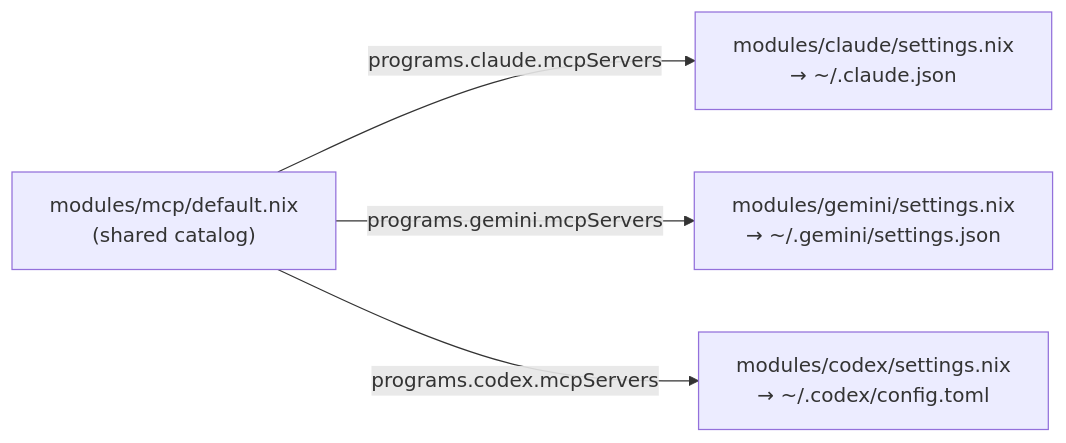
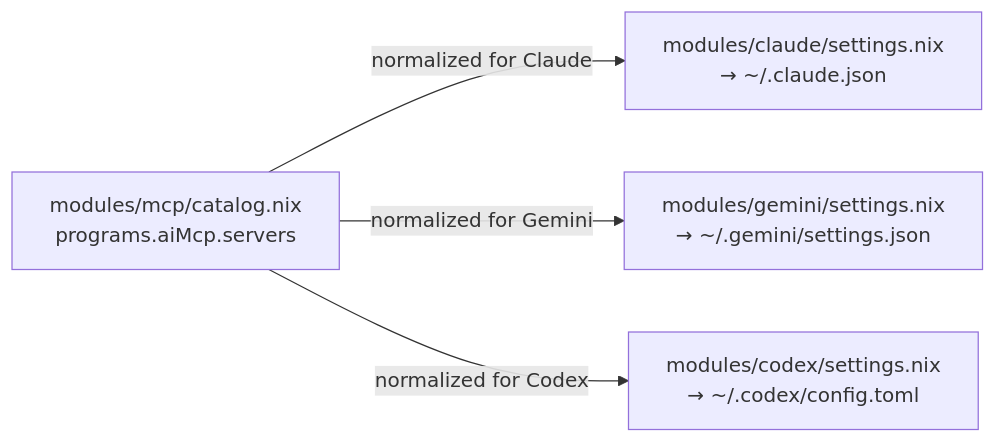
One commit to JacobPEvans/nix-ai changed the second of 3 diagrams in docs/architecture/system-integration-map.md. Above: the diagram before and after it, drawn with Mermaid. The commit also changed other lines of this file and 26 other files, not shown here.

Commit message:
fix: centralize agent skills and mcp config

````diff
--- a/docs/architecture/system-integration-map.md
+++ b/docs/architecture/system-integration-map.md
@@ -93,8 +93,8 @@
 ```mermaid
 graph LR
-    MCPCAT["modules/mcp/default.nix\n(shared catalog)"]
+    MCPCAT["modules/mcp/catalog.nix\nprograms.aiMcp.servers"]
 
-    MCPCAT -->|programs.claude.mcpServers| CSETTINGS["modules/claude/settings.nix\n→ ~/.claude.json"]
-    MCPCAT -->|programs.gemini.mcpServers| GSETTINGS["modules/gemini/settings.nix\n→ ~/.gemini/settings.json"]
-    MCPCAT -->|programs.codex.mcpServers| DSETTINGS["modules/codex/settings.nix\n→ ~/.codex/config.toml"]
+    MCPCAT -->|normalized for Claude| CSETTINGS["modules/claude/settings.nix\n→ ~/.claude.json"]
+    MCPCAT -->|normalized for Gemini| GSETTINGS["modules/gemini/settings.nix\n→ ~/.gemini/settings.json"]
+    MCPCAT -->|normalized for Codex| DSETTINGS["modules/codex/settings.nix\n→ ~/.codex/config.toml"]
 ```
````
